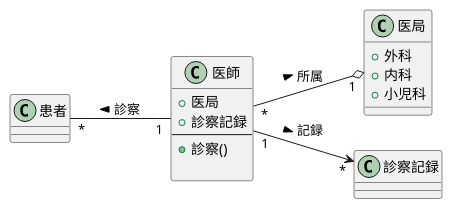
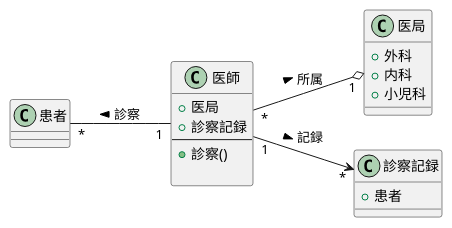
Before and after one commit to orenouserNamehaKawamura1/uml-introduction: the diagram in 演習3-2_CL_医師と患者と医局と診療記録.pu, drawn with PlantUML. The commit also changed 1 other file, not shown here.

```diff
--- a/演習3-2_CL_医師と患者と医局と診療記録.pu
+++ b/演習3-2_CL_医師と患者と医局と診療記録.pu
@@ -1,24 +1,24 @@
 @startuml
     left to right direction
     class 患者{
     }
     class 医師{
         + 医局
         + 診察記録
     ---
         + 診察()
 
     }
     class 医局{
         + 外科
         + 内科
         + 小児科
     }
     class 診察記録{
-
+        + 患者
     }
     患者 "*" -- "1" 医師 : 診察 <
     医師 "*" --o "1" 医局 : 所属 >
     医師 "1" --> "*" 診察記録 :記録 >
     
 @enduml
```
